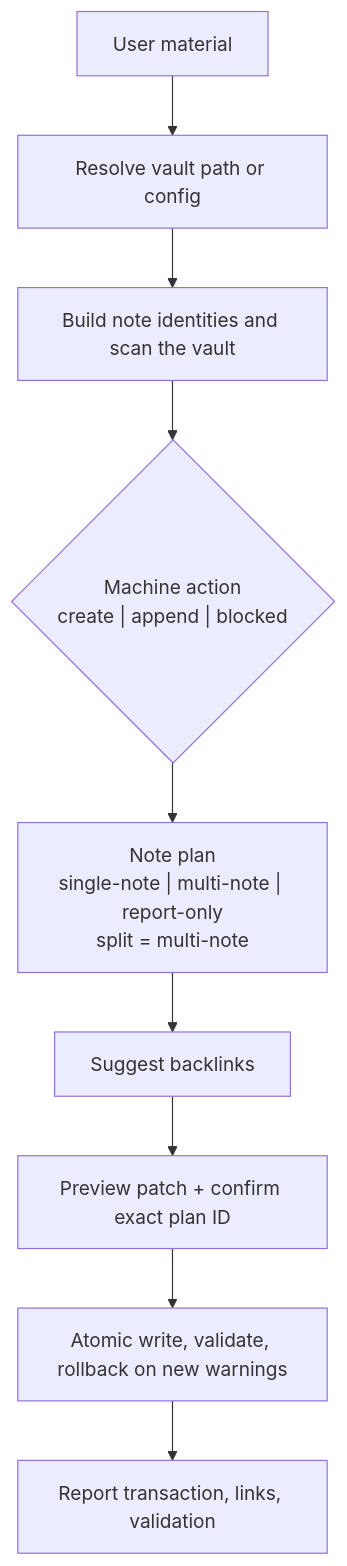
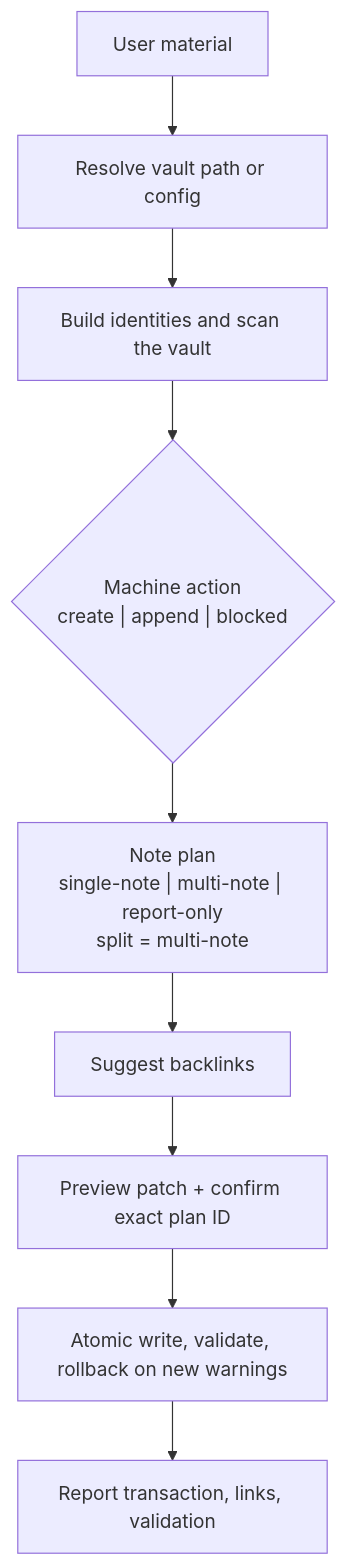
One commit to Totoro-qaq/Cobsidian changed the second of 2 diagrams in README.md. Above: the diagram before and after it, drawn with Mermaid. The commit also changed other lines of this file and 3 other files, not shown here.

````diff
--- a/README.md
+++ b/README.md
@@ -147,11 +149,11 @@
 ```mermaid
 flowchart TD
     U["User material"] --> R["Resolve vault path or config"]
-    R --> S["Build note identities and scan the vault"]
+    R --> S["Build identities and scan the vault"]
     S --> A{"Machine action<br/>create | append | blocked"}
     A --> P["Note plan<br/>single-note | multi-note | report-only<br/>split = multi-note"]
     P --> L["Suggest backlinks"]
     L --> X["Preview patch + confirm exact plan ID"]
     X --> V["Atomic write, validate, rollback on new warnings"]
     V --> O["Report transaction, links, validation"]
 ```
````
